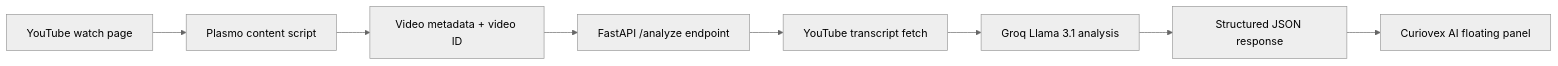
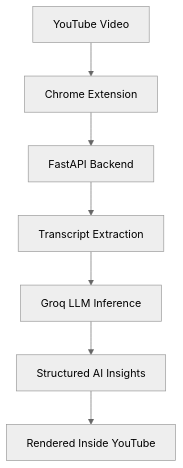
The diagram in README.md (vindhyaverma/curiovex), drawn with Mermaid (neutral theme) before and after one commit. The commit also changed other lines of this file, not shown here.

````diff
--- a/README.md
+++ b/README.md
@@ -76,10 +67,9 @@
 ```mermaid
-flowchart LR
-  A["YouTube watch page"] --> B["Plasmo content script"]
-  B --> C["Video metadata + video ID"]
-  C --> D["FastAPI /analyze endpoint"]
-  D --> E["YouTube transcript fetch"]
-  E --> F["Groq Llama 3.1 analysis"]
-  F --> G["Structured JSON response"]
-  G --> H["Curiovex AI floating panel"]
+flowchart TD
+  A["YouTube Video"] --> B["Chrome Extension"]
+  B --> C["FastAPI Backend"]
+  C --> D["Transcript Extraction"]
+  D --> E["Groq LLM Inference"]
+  E --> F["Structured AI Insights"]
+  F --> G["Rendered Inside YouTube"]
 ```
````
